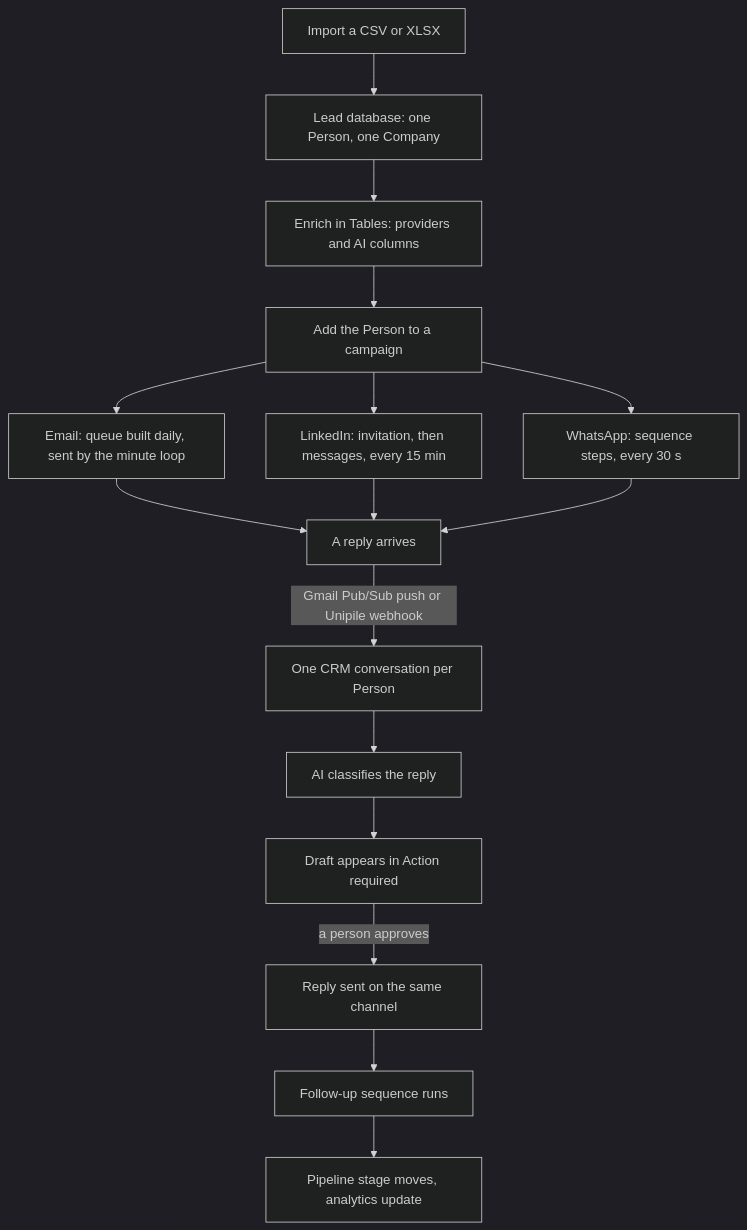
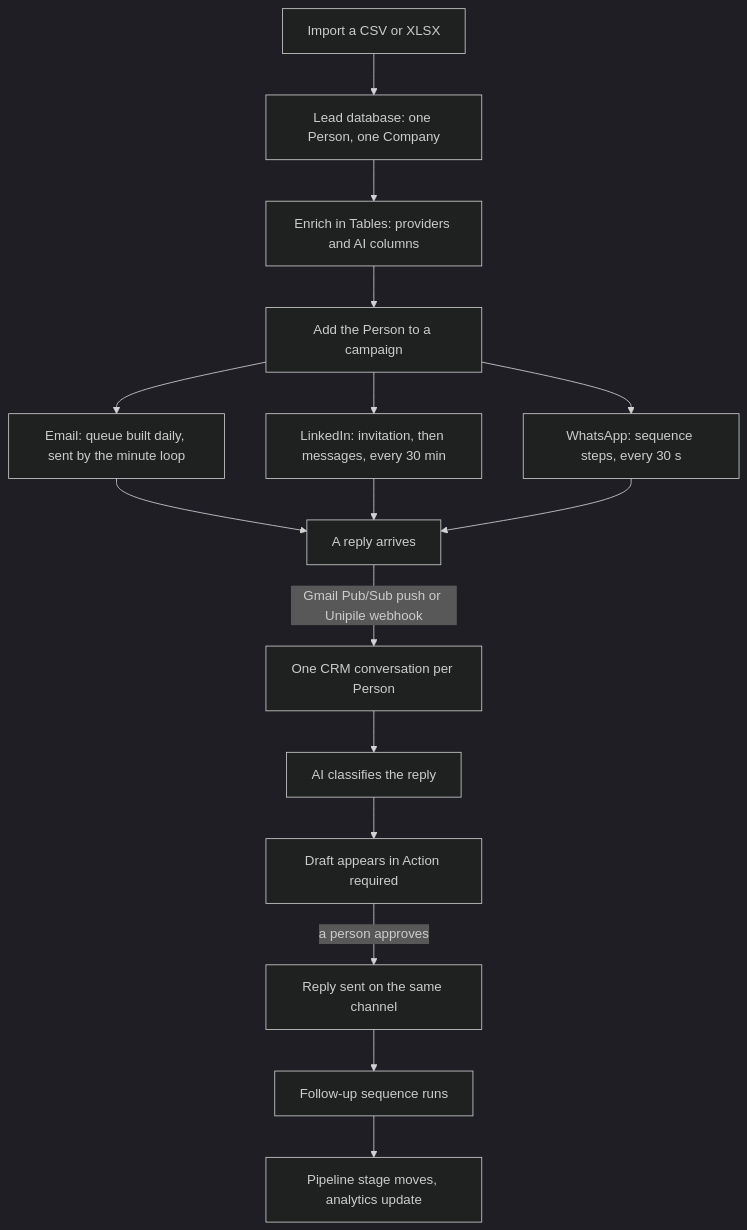
One commit to Kandid-ai/AgentSDR changed the second of 4 diagrams in docs/how-it-works.mdx. Above: the diagram before and after it, drawn with Mermaid (dark theme). The commit also changed other lines of this file and 64 other files, not shown here.

First line of the commit message:
Scheduled jobs run inside the app; the schema is created on start

````diff
--- a/docs/how-it-works.mdx
+++ b/docs/how-it-works.mdx
@@ -64,18 +62,18 @@
 ```mermaid
 flowchart TD
   A["Import a CSV or XLSX"] --> B["Lead database: one Person, one Company"]
   B --> C["Enrich in Tables: providers and AI columns"]
   C --> D["Add the Person to a campaign"]
   D --> E1["Email: queue built daily, sent by the minute loop"]
-  D --> E2["LinkedIn: invitation, then messages, every 15 min"]
+  D --> E2["LinkedIn: invitation, then messages, every 30 min"]
   D --> E3["WhatsApp: sequence steps, every 30 s"]
   E1 --> F["A reply arrives"]
   E2 --> F
   E3 --> F
   F -->|"Gmail Pub/Sub push or Unipile webhook"| G["One CRM conversation per Person"]
   G --> H["AI classifies the reply"]
   H --> I["Draft appears in Action required"]
   I -->|"a person approves"| J["Reply sent on the same channel"]
   J --> K["Follow-up sequence runs"]
   K --> L["Pipeline stage moves, analytics update"]
 ```
````
